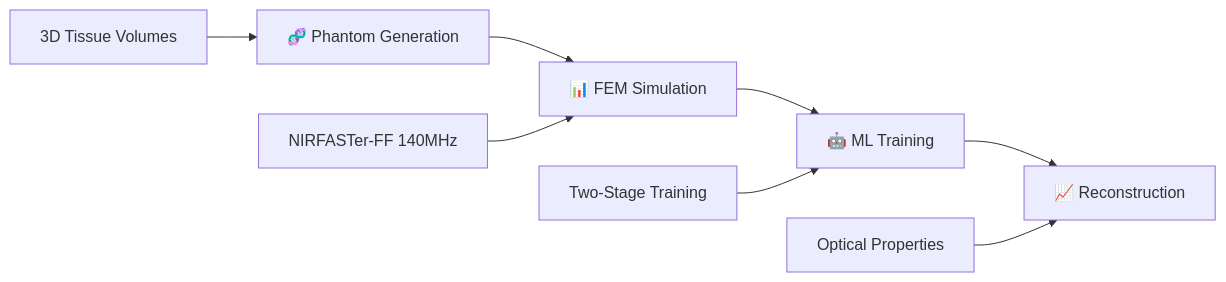
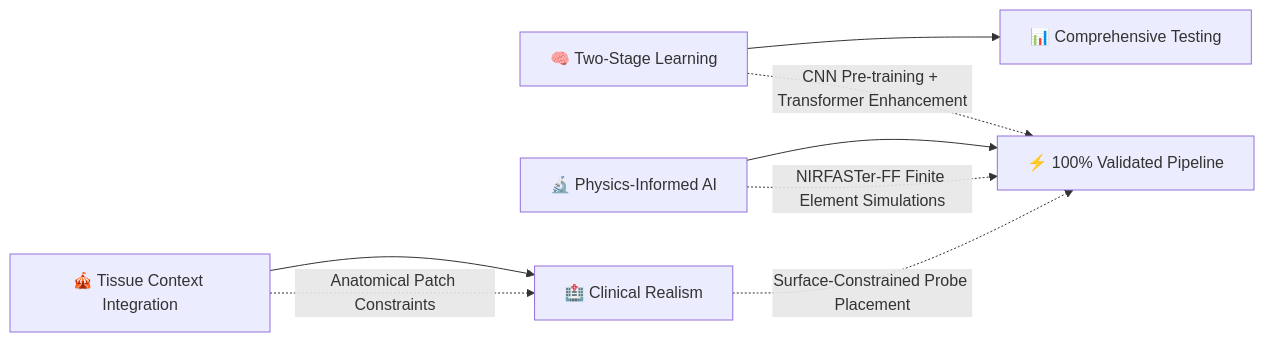
One commit to maxhartml/Hybrid-CNN-Transformer-for-FD-DOT changed the first of 2 diagrams in README.md. Above: the diagram before and after it, drawn with Mermaid. The commit also changed other lines of this file, not shown here.

````diff
--- a/README.md
+++ b/README.md
@@ -27,11 +26,11 @@
 ```mermaid
 graph LR
-    A[🧬 Phantom Generation] --> B[📊 FEM Simulation]
-    B --> C[🤖 ML Training]
-    C --> D[📈 Reconstruction]
+    A[🧠 Two-Stage Learning] --> B[📊 Comprehensive Testing]
+    C[🔬 Physics-Informed AI] --> D[⚡ 100% Validated Pipeline]
+    E[🎪 Tissue Context Integration] --> F[🏥 Clinical Realism]
     
-    A1[3D Tissue Volumes] --> A
-    B1[NIRFASTer-FF 140MHz] --> B
-    C1[Two-Stage Training] --> C
-    D1[Optical Properties] --> D
+    A -.-> |CNN Pre-training + Transformer Enhancement| D
+    C -.-> |NIRFASTer-FF Finite Element Simulations| D
+    E -.-> |Anatomical Patch Constraints| F
+    F -.-> |Surface-Constrained Probe Placement| D
 ```
````
